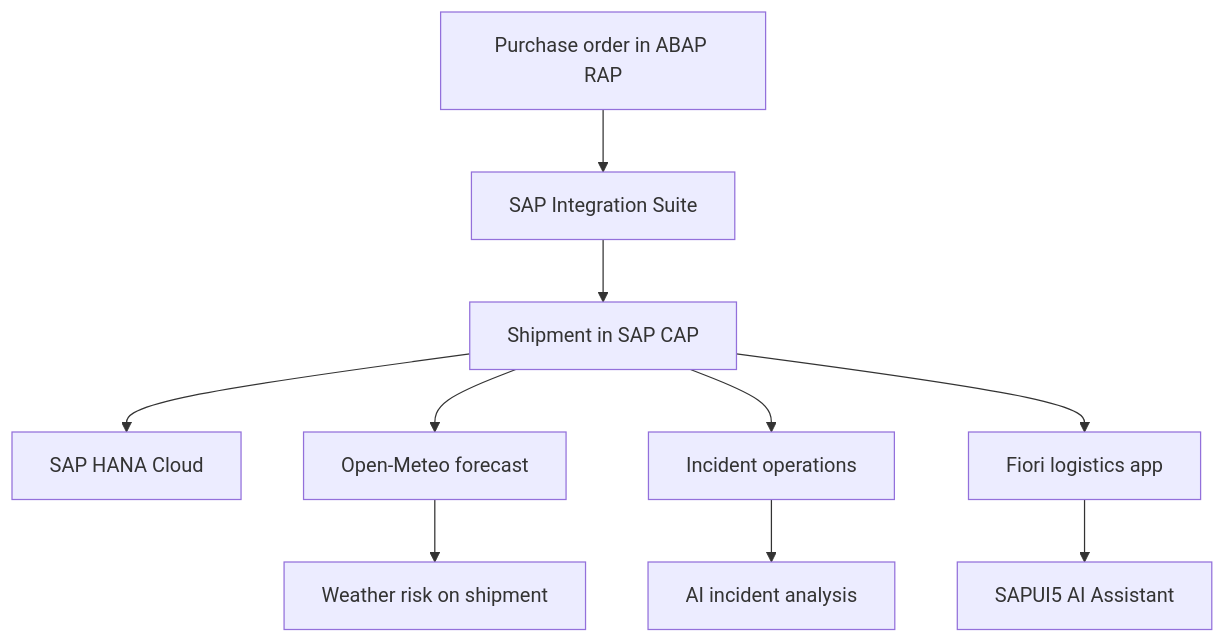
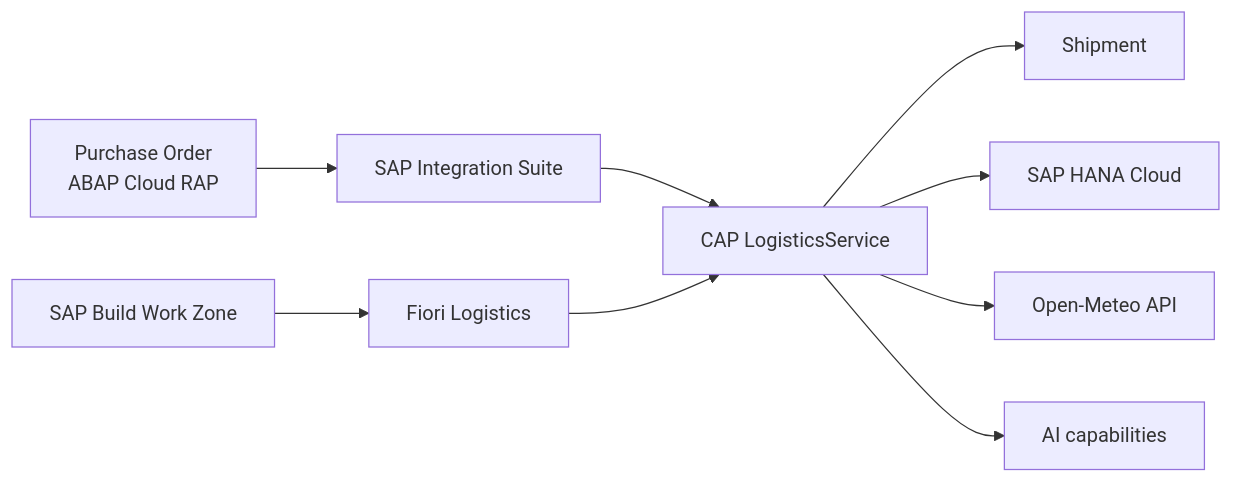
The diagram in README.md (narcisohidalgo/smartlogistics-btp), drawn with Mermaid before and after one commit. The commit also changed other lines of this file, not shown here.

Commit message:
docs: complete SmartLogistics portfolio phase

````diff
--- a/README.md
+++ b/README.md
@@ -31,12 +46,13 @@
 ```mermaid
-flowchart TD
-    A["Purchase order in ABAP RAP"] --> B["SAP Integration Suite"]
-    B --> C["Shipment in SAP CAP"]
-    C --> D["SAP HANA Cloud"]
-    C --> E["Open-Meteo forecast"]
-    E --> F["Weather risk on shipment"]
-    C --> G["Incident operations"]
-    G --> H["AI incident analysis"]
-    C --> I["Fiori logistics app"]
-    I --> J["SAPUI5 AI Assistant"]
+flowchart LR
+    A["Purchase Order<br/>ABAP Cloud RAP"] --> B["SAP Integration Suite"]
+    B --> C["CAP LogisticsService"]
+    C --> D["Shipment"]
+
+    C --> E["SAP HANA Cloud"]
+    C --> F["Open-Meteo API"]
+    C --> G["AI capabilities"]
+
+    H["SAP Build Work Zone"] --> I["Fiori Logistics"]
+    I --> C
 ```
````
